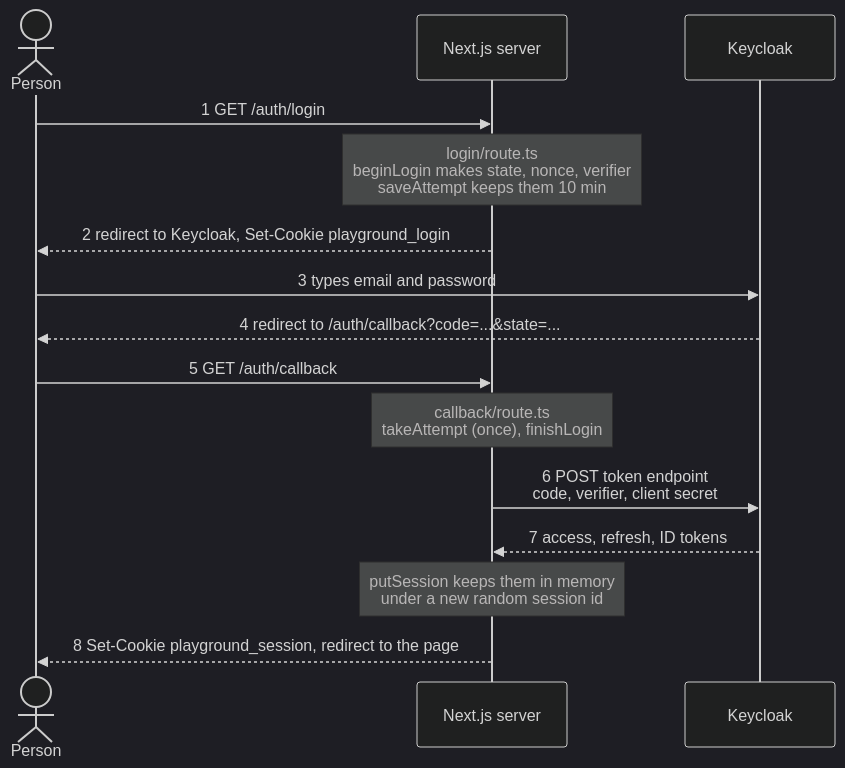
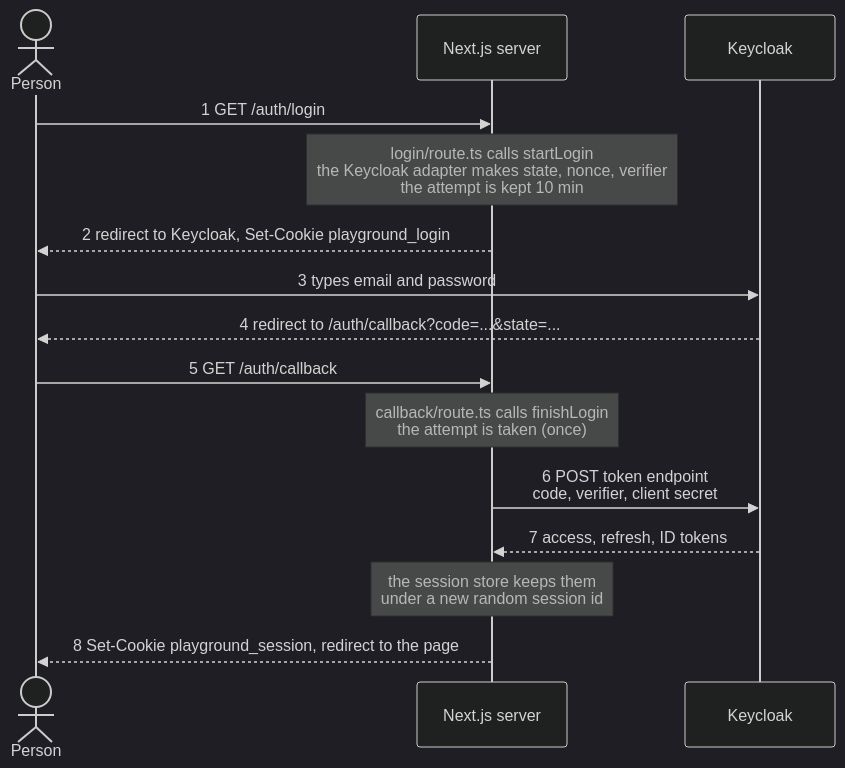
Before and after one commit to Thommans-Playground/playground-keycloak: diagram 16 of 24 in docs/AUTH-STUDY-GUIDE.md, drawn with Mermaid (dark theme). The commit also changed other lines of this file and 6 other files, not shown here.

````diff
--- a/docs/AUTH-STUDY-GUIDE.md
+++ b/docs/AUTH-STUDY-GUIDE.md
@@ -547,17 +585,17 @@
 ```mermaid
 sequenceDiagram
     actor P as Person
     participant W as Next.js server
     participant K as Keycloak
     P->>W: 1 GET /auth/login
-    Note over W: login/route.ts<br/>beginLogin makes state, nonce, verifier<br/>saveAttempt keeps them 10 min
+    Note over W: login/route.ts calls startLogin<br/>the Keycloak adapter makes state, nonce, verifier<br/>the attempt is kept 10 min
     W-->>P: 2 redirect to Keycloak, Set-Cookie playground_login
     P->>K: 3 types email and password
     K-->>P: 4 redirect to /auth/callback?code=...&state=...
     P->>W: 5 GET /auth/callback
-    Note over W: callback/route.ts<br/>takeAttempt (once), finishLogin
+    Note over W: callback/route.ts calls finishLogin<br/>the attempt is taken (once)
     W->>K: 6 POST token endpoint<br/>code, verifier, client secret
     K-->>W: 7 access, refresh, ID tokens
-    Note over W: putSession keeps them in memory<br/>under a new random session id
+    Note over W: the session store keeps them<br/>under a new random session id
     W-->>P: 8 Set-Cookie playground_session, redirect to the page
 ```
````
